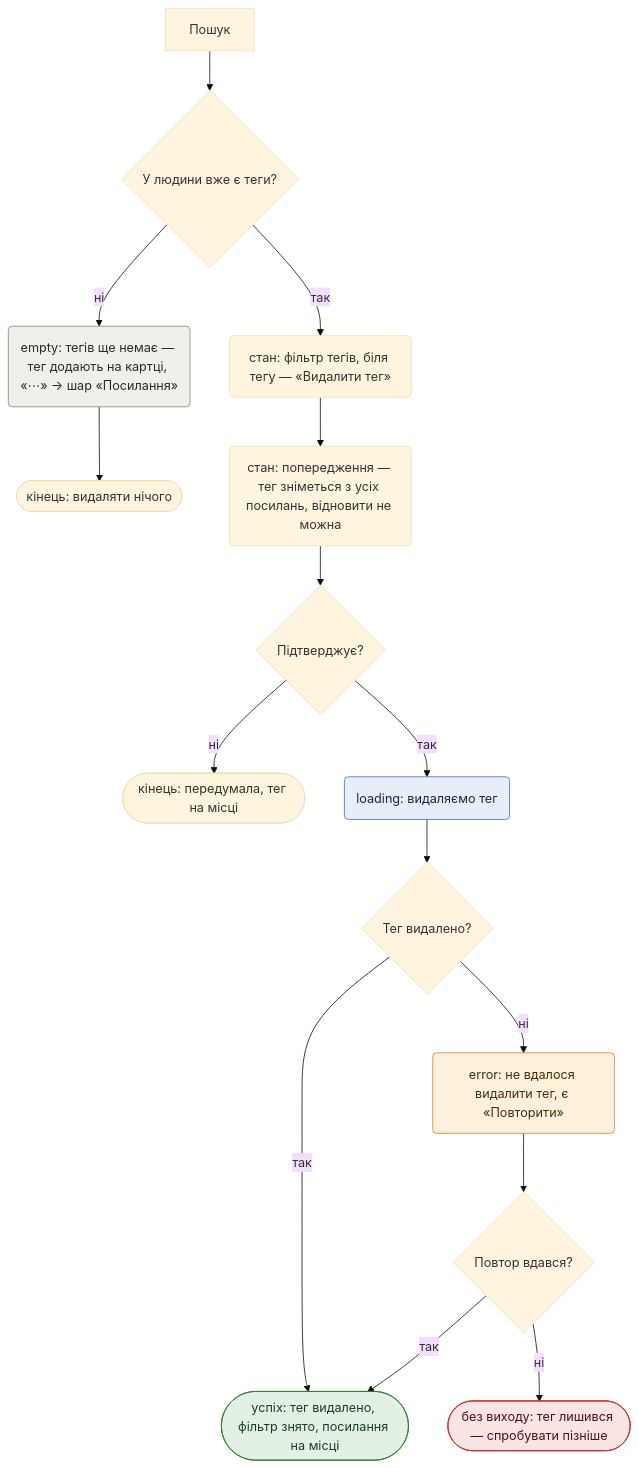
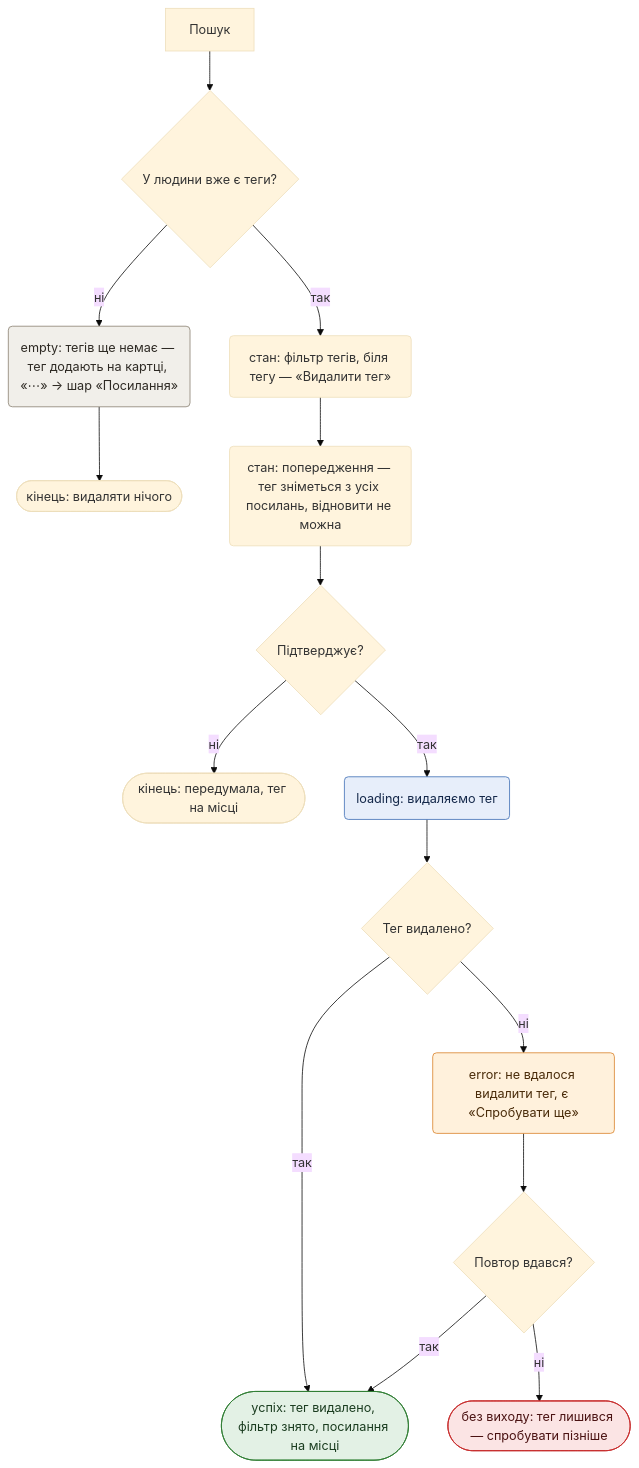
The fifth of 6 diagrams in flows.md (OlenaKras95/shukhliada-app), drawn with Mermaid (base theme) before and after one commit. The commit also changed other lines of this file and 31 other files, not shown here.

````diff
--- a/flows.md
+++ b/flows.md
@@ -520,28 +520,28 @@
 ```mermaid
 flowchart TD
     search[Пошук] --> dHasTags{"У людини вже є теги?"}
     dHasTags -->|ні| emptyTags("empty: тегів ще немає — тег додають на картці, «⋯» → шар «Посилання»")
     emptyTags --> endNoTags(["кінець: видаляти нічого"])
     dHasTags -->|так| tagFilter("стан: фільтр тегів, біля тегу — «Видалити тег»")
     tagFilter --> tagWarn("стан: попередження — тег зніметься з усіх посилань, відновити не можна")
     tagWarn --> dTagSure{"Підтверджує?"}
     dTagSure -->|ні| endTagKeep(["кінець: передумала, тег на місці"])
     dTagSure -->|так| delTag("loading: видаляємо тег")
     delTag --> dTagDel{"Тег видалено?"}
     dTagDel -->|так| okTag(["успіх: тег видалено, фільтр знято, посилання на місці"])
-    dTagDel -->|ні| errTag("error: не вдалося видалити тег, є «Повторити»")
+    dTagDel -->|ні| errTag("error: не вдалося видалити тег, є «Спробувати ще»")
     errTag --> dTagRetry{"Повтор вдався?"}
     dTagRetry -->|так| okTag
     dTagRetry -->|ні| deadTag(["без виходу: тег лишився — спробувати пізніше"])
 
     classDef cOk fill:#e3f1e5,stroke:#2e7d32,color:#1b3d20
     classDef cDead fill:#fbe4e4,stroke:#c62828,color:#4a1212
     classDef cErr fill:#fff1dc,stroke:#d9822b,color:#4a2c0a
     classDef cLoad fill:#e7eefa,stroke:#3d6db5,color:#14284a
     class okTag cOk
     class deadTag cDead
     class errTag cErr
     class delTag cLoad
     classDef cEmpty fill:#f1efea,stroke:#8a8172,color:#2e2a24
     class emptyTags cEmpty
 ```
````
